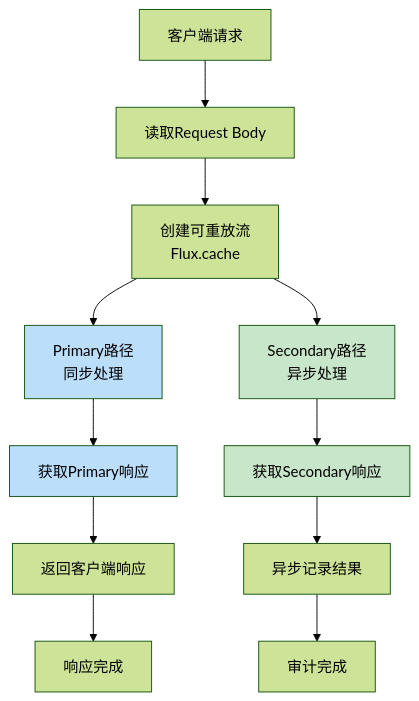
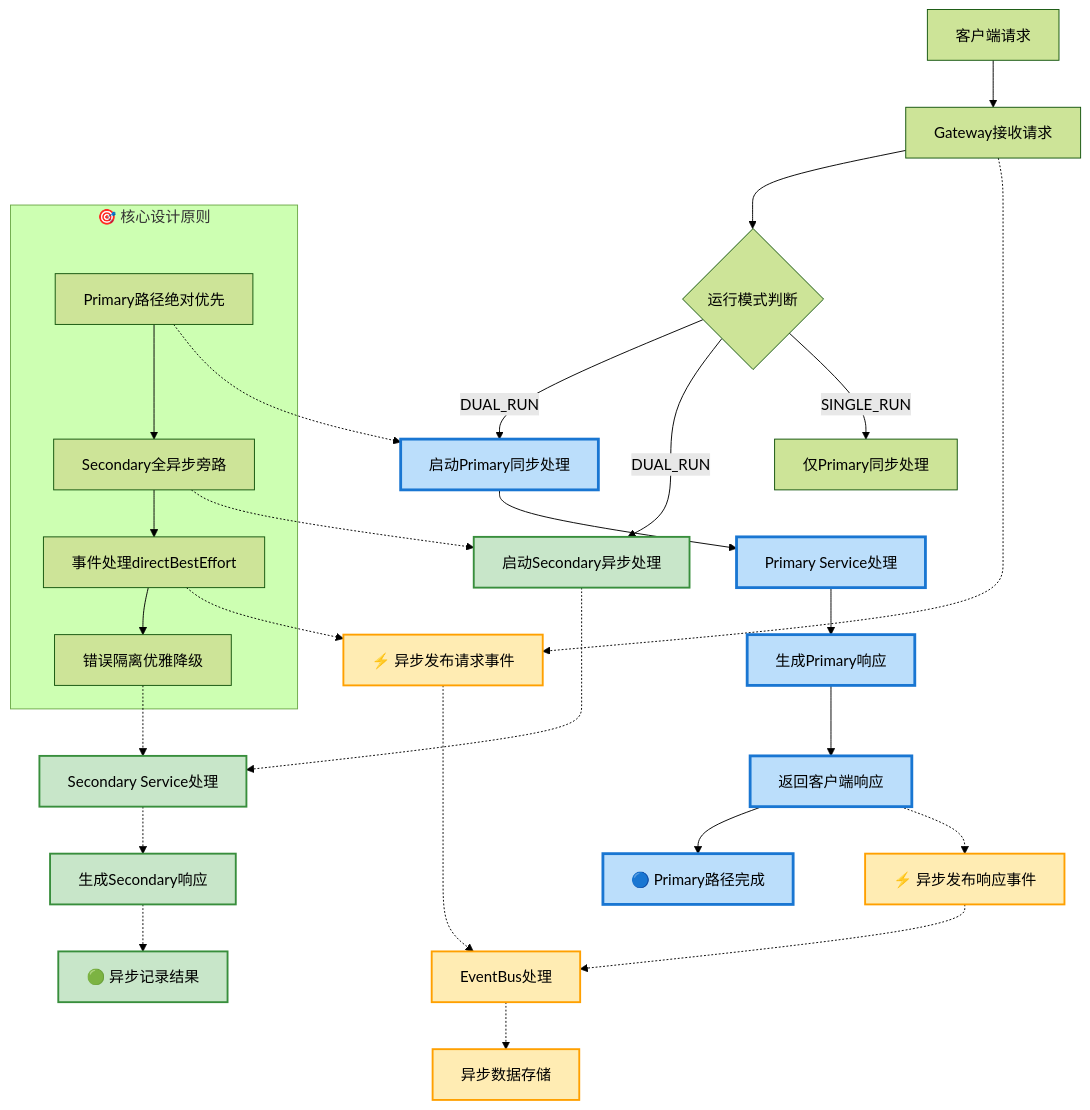
One commit to waylondev/terminal changed the fifth of 14 diagrams in assets/architecture-diagrams-new.md. Above: the diagram before and after it, drawn with Mermaid (forest theme). The commit also changed other lines of this file, not shown here.

First line of the commit message:
docs(architecture): update architecture diagrams with async design details

````diff
--- a/assets/architecture-diagrams-new.md
+++ b/assets/architecture-diagrams-new.md
@@ -210,23 +240,59 @@
 ```mermaid
 flowchart TD
-    A[客户端请求] --> B[读取Request Body]
+    A[客户端请求] --> B[Gateway接收请求]
     
-    B --> C[创建可重放流<br/>Flux.cache]
+    B --> C{运行模式判断}
     
-    C --> D[Primary路径<br/>同步处理]
-    C --> E[Secondary路径<br/>异步处理]
+    C -->|DUAL_RUN| D[启动Primary同步处理]
+    C -->|DUAL_RUN| E[启动Secondary异步处理]
+    C -->|SINGLE_RUN| F[仅Primary同步处理]
     
-    D --> F[获取Primary响应]
-    E --> G[获取Secondary响应]
+    %% Primary路径（关键路径）
+    D --> G[Primary Service处理]
+    G --> H[生成Primary响应]
+    H --> I[返回客户端响应]
+    I --> J[🔵 Primary路径完成]
     
-    F --> H[返回客户端响应]
-    G --> I[异步记录结果]
+    %% Secondary路径（全异步旁路）
+    E -.-> K[Secondary Service处理]
+    K -.-> L[生成Secondary响应]
+    L -.-> M[🟢 异步记录结果]
     
-    H --> J[响应完成]
-    I --> K[审计完成]
+    %% 事件处理（全异步）
+    B -.-> N[⚡ 异步发布请求事件]
+    I -.-> O[⚡ 异步发布响应事件]
+    N -.-> P[EventBus处理]
+    O -.-> P
+    P -.-> Q[异步数据存储]
     
-    style D fill:#bbdefb
-    style E fill:#c8e6c9
-    style F fill:#bbdefb
-    style G fill:#c8e6c9
+    %% 关键路径标注
+    style D fill:#bbdefb,stroke:#1976d2,stroke-width:3px
+    style G fill:#bbdefb,stroke:#1976d2,stroke-width:3px
+    style H fill:#bbdefb,stroke:#1976d2,stroke-width:3px
+    style I fill:#bbdefb,stroke:#1976d2,stroke-width:3px
+    style J fill:#bbdefb,stroke:#1976d2,stroke-width:3px
+    
+    %% 异步路径标注
+    style E fill:#c8e6c9,stroke:#388e3c,stroke-width:2px
+    style K fill:#c8e6c9,stroke:#388e3c,stroke-width:2px
+    style L fill:#c8e6c9,stroke:#388e3c,stroke-width:2px
+    style M fill:#c8e6c9,stroke:#388e3c,stroke-width:2px
+    
+    %% 事件路径标注
+    style N fill:#ffecb3,stroke:#ffa000,stroke-width:2px
+    style O fill:#ffecb3,stroke:#ffa000,stroke-width:2px
+    style P fill:#ffecb3,stroke:#ffa000,stroke-width:2px
+    style Q fill:#ffecb3,stroke:#ffa000,stroke-width:2px
+    
+    %% 设计原则标注
+    subgraph "🎯 核心设计原则"
+        PR1[Primary路径绝对优先] --> PR2[Secondary全异步旁路]
+        PR2 --> PR3[事件处理directBestEffort]
+        PR3 --> PR4[错误隔离优雅降级]
+    end
+    
+    PR1 -.-> D
+    PR2 -.-> E
+    PR3 -.-> N
+    PR4 -.-> K
 ```
````
